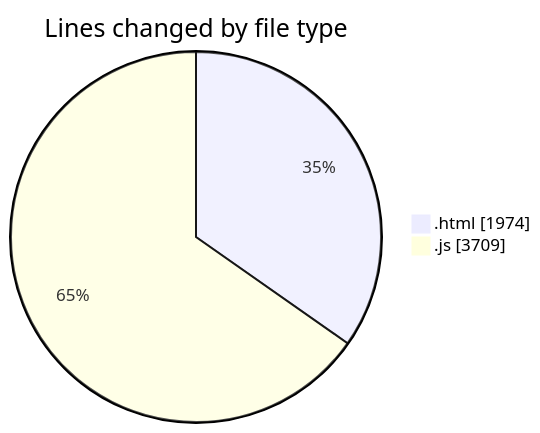
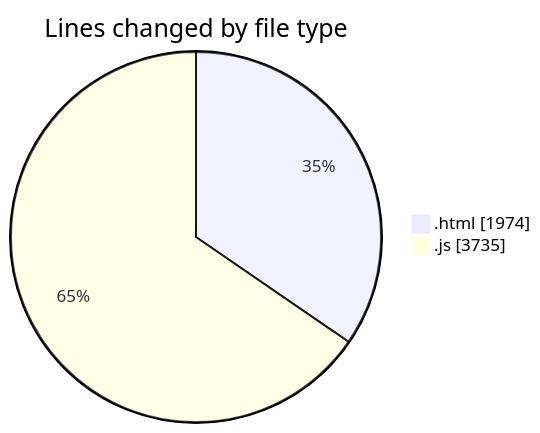
Before and after one commit to becaeroporto-bot/code-tracking: the first of 2 diagrams in 2026-02-19/bot_v1_2/README.md, drawn with Mermaid. The commit also changed other lines of this file and 1 other file, not shown here.

````diff
--- a/2026-02-19/bot_v1_2/README.md
+++ b/2026-02-19/bot_v1_2/README.md
@@ -28,6 +28,6 @@
 ```mermaid
 pie showData
 title Lines changed by file type
 ".html" : 1974
-".js" : 3709
+".js" : 3735
 ```
````
